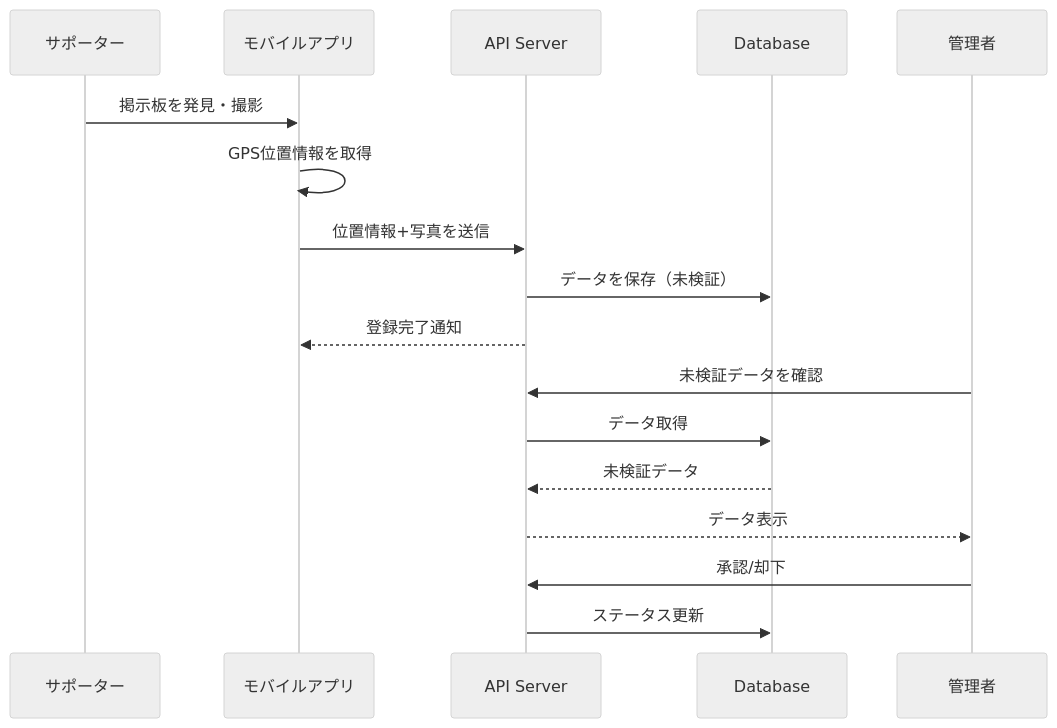
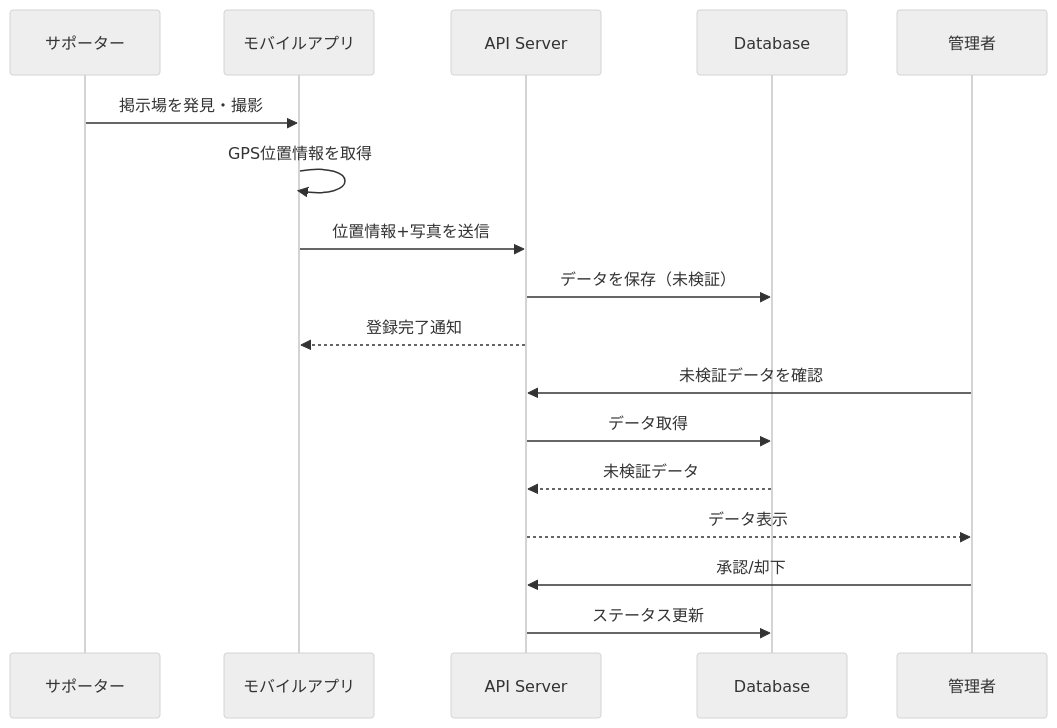
Before and after one commit to team-mirai-volunteer/polister: the second of 4 diagrams in docs/docs/architecture/diagrams.md, drawn with Mermaid (neutral theme). The commit also changed 87 other files, not shown here.

````diff
--- a/docs/docs/architecture/diagrams.md
+++ b/docs/docs/architecture/diagrams.md
@@ -52,21 +52,21 @@
 ```mermaid
 sequenceDiagram
     participant S as サポーター
     participant M as モバイルアプリ
     participant API as API Server
     participant DB as Database
     participant Admin as 管理者
 
-    S->>M: 掲示板を発見・撮影
+    S->>M: 掲示場を発見・撮影
     M->>M: GPS位置情報を取得
     M->>API: 位置情報+写真を送信
     API->>DB: データを保存（未検証）
     API-->>M: 登録完了通知
 
     Admin->>API: 未検証データを確認
     API->>DB: データ取得
     DB-->>API: 未検証データ
     API-->>Admin: データ表示
     Admin->>API: 承認/却下
     API->>DB: ステータス更新
 ```
````
